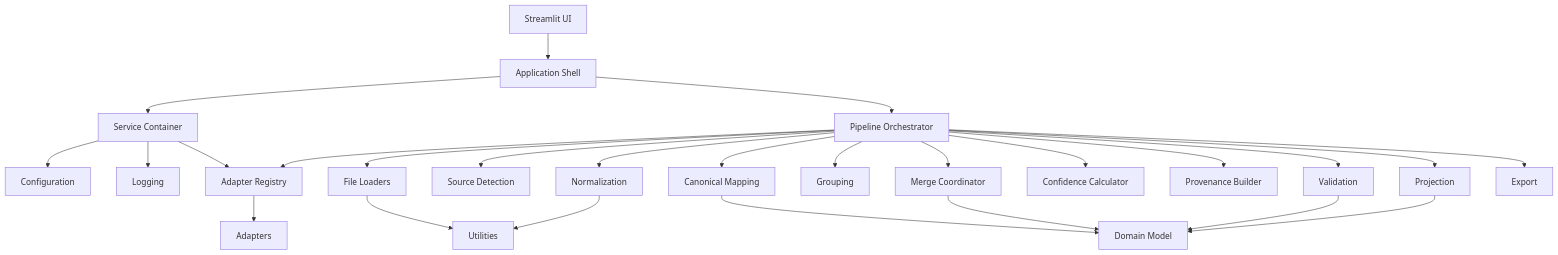
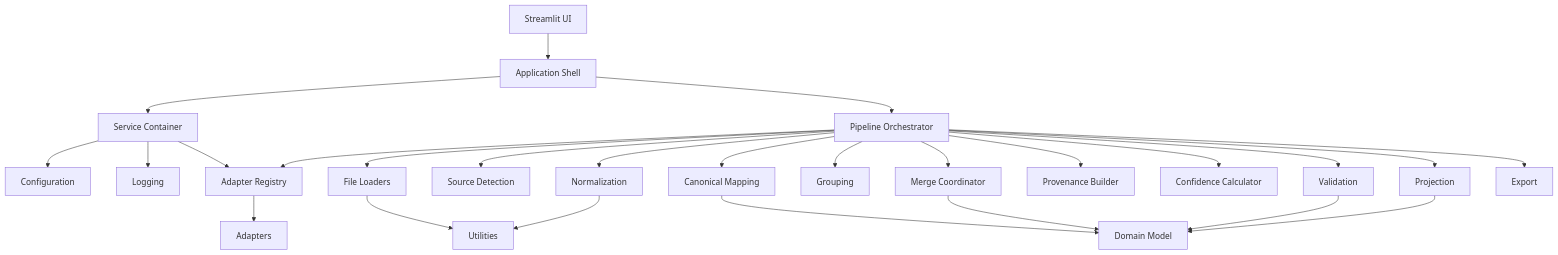
Before and after one commit to Advaith4/EightFold: the second of 5 diagrams in candidate-transformer/docs/architecture/pipeline_spec.md, drawn with Mermaid. The commit also changed other lines of this file and 5 other files, not shown here.

````diff
--- a/candidate-transformer/docs/architecture/pipeline_spec.md
+++ b/candidate-transformer/docs/architecture/pipeline_spec.md
@@ -1057,28 +1384,28 @@
 ```mermaid
 flowchart TD
     UI[Streamlit UI] --> APP[Application Shell]
     APP --> SC[Service Container]
     SC --> CFG[Configuration]
     SC --> LOG[Logging]
     SC --> REG[Adapter Registry]
     APP --> PIPE[Pipeline Orchestrator]
     PIPE --> LOAD[File Loaders]
     PIPE --> DET[Source Detection]
     PIPE --> REG
     REG --> ADAPT[Adapters]
     PIPE --> MAP[Canonical Mapping]
     PIPE --> NORM[Normalization]
     PIPE --> GROUP[Grouping]
     PIPE --> MERGE[Merge Coordinator]
+    PIPE --> PROV[Provenance Builder]
     PIPE --> CONF[Confidence Calculator]
-    PIPE --> PROV[Provenance Builder]
     PIPE --> VAL[Validation]
     PIPE --> PROJ[Projection]
     PIPE --> EXP[Export]
     MAP --> DOMAIN[Domain Model]
     MERGE --> DOMAIN
     VAL --> DOMAIN
     PROJ --> DOMAIN
     LOAD --> UTIL[Utilities]
     NORM --> UTIL
 ```
````
